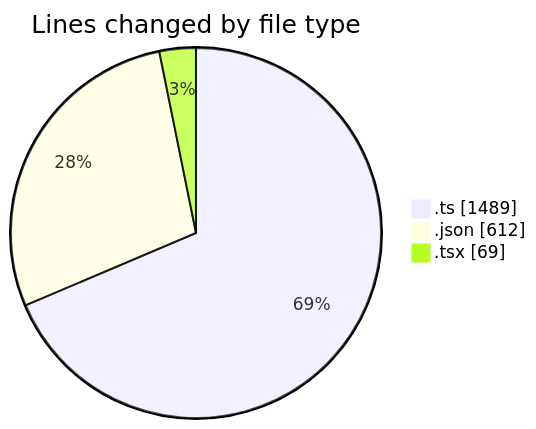
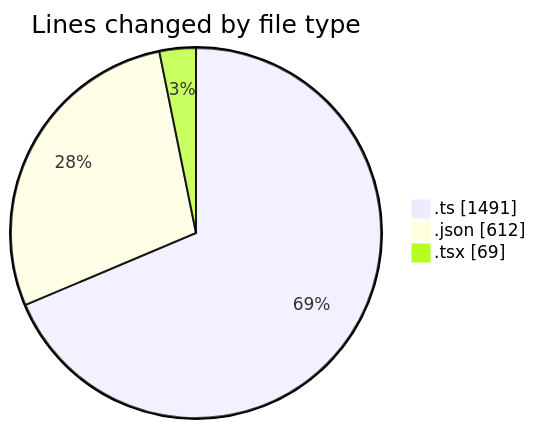
Before and after one commit to momahboobian/code-tracking: the first of 2 diagrams in 2025-10-22/cda/README.md, drawn with Mermaid. The commit also changed other lines of this file and 1 other file, not shown here.

````diff
--- a/2025-10-22/cda/README.md
+++ b/2025-10-22/cda/README.md
@@ -28,7 +28,7 @@
 ```mermaid
 pie showData
 title Lines changed by file type
-".ts" : 1489
+".ts" : 1491
 ".json" : 612
 ".tsx" : 69
 ```
````
